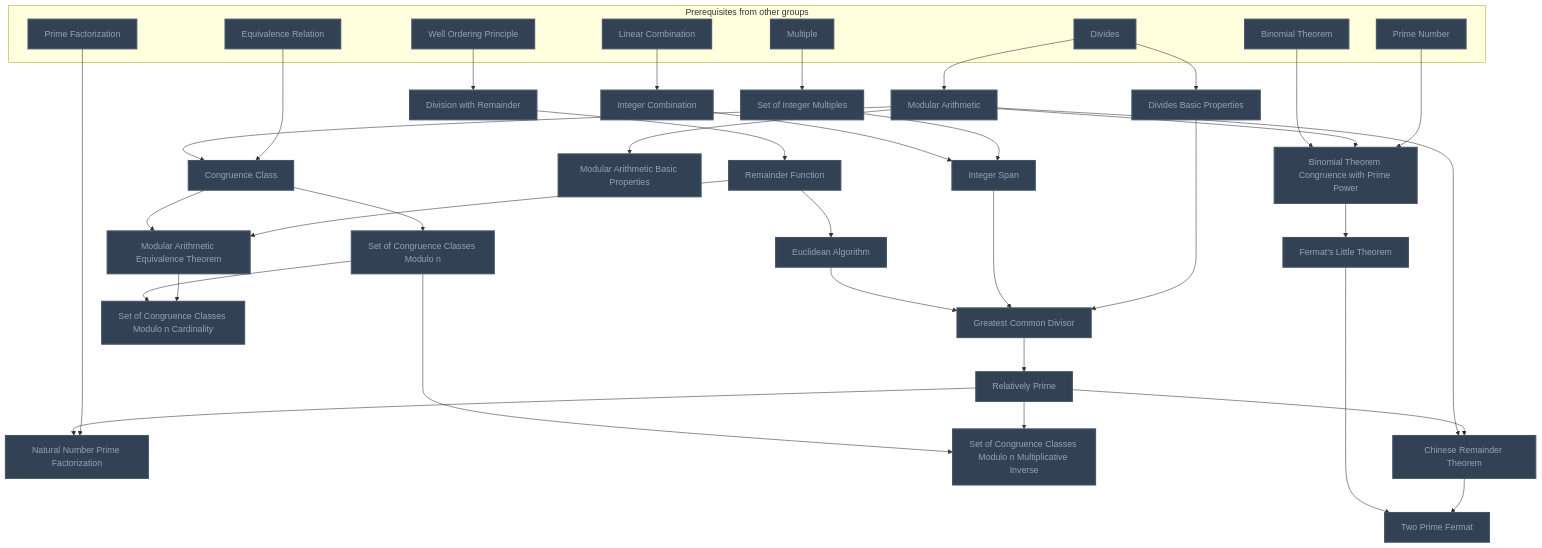
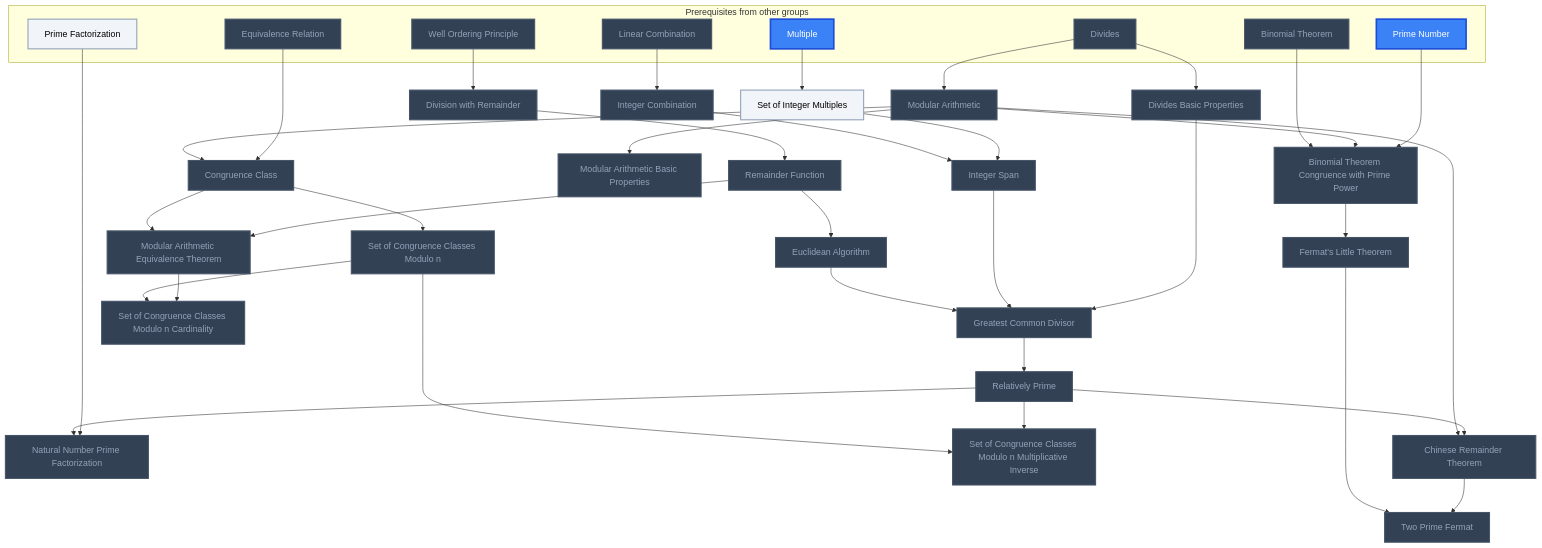
Before and after one commit to MRauf1/My-Notes: the first of 20 diagrams in Gamification/Skill Trees/Abstract Algebra.md, drawn with Mermaid. The commit also changed other lines of this file and 156 other files, not shown here.

````diff
--- a/Gamification/Skill Trees/Abstract Algebra.md
+++ b/Gamification/Skill Trees/Abstract Algebra.md
@@ -14,78 +14,80 @@
 ```mermaid
 flowchart TD
     classDef planned fill:#1E293B,stroke:#64748B,stroke-width:2px,stroke-dasharray:5 5,color:#94A3B8;
     classDef locked fill:#334155,stroke:#475569,stroke-width:2px,color:#94A3B8;
     classDef L0 fill:#F1F5F9,stroke:#94A3B8,stroke-width:2px,color:#000000;
     classDef L1 fill:#22C55E,stroke:#15803D,stroke-width:2px,color:#000000;
     classDef L2 fill:#3B82F6,stroke:#1D4ED8,stroke-width:3px,color:#FFFFFF;
     classDef L3 fill:#A855F7,stroke:#6B21A8,stroke-width:3px,color:#FFFFFF,font-weight:bold;
     classDef L4 fill:#F97316,stroke:#C2410C,stroke-width:4px,color:#000000,font-weight:bold;
     classDef L5 fill:#FFD700,stroke:#FF8C00,stroke-width:5px,color:#000000,font-weight:bold;
     classDef rusty stroke:#8B4513,stroke-width:4px,stroke-dasharray:3 3;
     subgraph sg_prereqs["Prerequisites from other groups"]
         n_well_ordering_principle["Well Ordering Principle"]
         n_divides["Divides"]
         n_multiple["Multiple"]
         n_linear_combination["Linear Combination"]
         n_prime_factorization["Prime Factorization"]
         n_equivalence_relation["Equivalence Relation"]
         n_binomial_theorem["Binomial Theorem"]
         n_prime_number["Prime Number"]
     end
     n_divides_basic_properties["Divides Basic Properties"]
     n_division_with_remainder["Division with Remainder"]
     n_remainder_function["Remainder Function"]
     n_set_of_integer_multiples["Set of Integer Multiples"]
     n_integer_combination["Integer Combination"]
     n_integer_span["Integer Span"]
     n_euclidean_algorithm["Euclidean Algorithm"]
     n_greatest_common_divisor["Greatest Common Divisor"]
     n_relatively_prime["Relatively Prime"]
     n_natural_number_prime_factorization["Natural Number Prime Factorization"]
     n_modular_arithmetic["Modular Arithmetic"]
     n_modular_arithmetic_basic_properties["Modular Arithmetic Basic Properties"]
     n_congruence_class["Congruence Class"]
     n_modular_arithmetic_equivalence_theorem["Modular Arithmetic Equivalence Theorem"]
     n_set_of_congruence_classes_modulo_n["Set of Congruence Classes Modulo n"]
     n_set_of_congruence_classes_modulo_n_cardinality["Set of Congruence Classes Modulo n Cardinality"]
     n_set_of_congruence_classes_modulo_n_multiplicative_inverse["Set of Congruence Classes Modulo n Multiplicative Inverse"]
     n_chinese_remainder_theorem["Chinese Remainder Theorem"]
     n_binomial_theorem_congruence_with_prime_power["Binomial Theorem Congruence with Prime Power"]
     n_fermat_s_little_theorem["Fermat's Little Theorem"]
     n_two_prime_fermat["Two Prime Fermat"]
     n_well_ordering_principle --> n_division_with_remainder
     n_division_with_remainder --> n_remainder_function
     n_divides --> n_divides_basic_properties
     n_multiple --> n_set_of_integer_multiples
     n_linear_combination --> n_integer_combination
     n_integer_combination --> n_integer_span
     n_set_of_integer_multiples --> n_integer_span
     n_remainder_function --> n_euclidean_algorithm
     n_euclidean_algorithm --> n_greatest_common_divisor
     n_integer_span --> n_greatest_common_divisor
     n_divides_basic_properties --> n_greatest_common_divisor
     n_greatest_common_divisor --> n_relatively_prime
     n_relatively_prime --> n_natural_number_prime_factorization
     n_prime_factorization --> n_natural_number_prime_factorization
     n_divides --> n_modular_arithmetic
     n_modular_arithmetic --> n_modular_arithmetic_basic_properties
     n_modular_arithmetic --> n_congruence_class
     n_equivalence_relation --> n_congruence_class
     n_congruence_class --> n_modular_arithmetic_equivalence_theorem
     n_remainder_function --> n_modular_arithmetic_equivalence_theorem
     n_congruence_class --> n_set_of_congruence_classes_modulo_n
     n_set_of_congruence_classes_modulo_n --> n_set_of_congruence_classes_modulo_n_cardinality
     n_modular_arithmetic_equivalence_theorem --> n_set_of_congruence_classes_modulo_n_cardinality
     n_set_of_congruence_classes_modulo_n --> n_set_of_congruence_classes_modulo_n_multiplicative_inverse
     n_relatively_prime --> n_set_of_congruence_classes_modulo_n_multiplicative_inverse
     n_modular_arithmetic --> n_chinese_remainder_theorem
     n_relatively_prime --> n_chinese_remainder_theorem
     n_binomial_theorem --> n_binomial_theorem_congruence_with_prime_power
     n_modular_arithmetic --> n_binomial_theorem_congruence_with_prime_power
     n_prime_number --> n_binomial_theorem_congruence_with_prime_power
     n_binomial_theorem_congruence_with_prime_power --> n_fermat_s_little_theorem
     n_fermat_s_little_theorem --> n_two_prime_fermat
     n_chinese_remainder_theorem --> n_two_prime_fermat
-    class n_well_ordering_principle,n_divides,n_multiple,n_linear_combination,n_prime_factorization,n_equivalence_relation,n_binomial_theorem,n_prime_number,n_divides_basic_properties,n_division_with_remainder,n_remainder_function,n_set_of_integer_multiples,n_integer_combination,n_integer_span,n_euclidean_algorithm,n_greatest_common_divisor,n_relatively_prime,n_natural_number_prime_factorization,n_modular_arithmetic,n_modular_arithmetic_basic_properties,n_congruence_class,n_modular_arithmetic_equivalence_theorem,n_set_of_congruence_classes_modulo_n,n_set_of_congruence_classes_modulo_n_cardinality,n_set_of_congruence_classes_modulo_n_multiplicative_inverse,n_chinese_remainder_theorem,n_binomial_theorem_congruence_with_prime_power,n_fermat_s_little_theorem,n_two_prime_fermat locked;
+    class n_well_ordering_principle,n_divides,n_linear_combination,n_equivalence_relation,n_binomial_theorem,n_divides_basic_properties,n_division_with_remainder,n_remainder_function,n_integer_combination,n_integer_span,n_euclidean_algorithm,n_greatest_common_divisor,n_relatively_prime,n_natural_number_prime_factorization,n_modular_arithmetic,n_modular_arithmetic_basic_properties,n_congruence_class,n_modular_arithmetic_equivalence_theorem,n_set_of_congruence_classes_modulo_n,n_set_of_congruence_classes_modulo_n_cardinality,n_set_of_congruence_classes_modulo_n_multiplicative_inverse,n_chinese_remainder_theorem,n_binomial_theorem_congruence_with_prime_power,n_fermat_s_little_theorem,n_two_prime_fermat locked;
+    class n_prime_factorization,n_set_of_integer_multiples L0;
+    class n_multiple,n_prime_number L2;
     class n_well_ordering_principle,n_divides,n_multiple,n_linear_combination,n_prime_factorization,n_equivalence_relation,n_binomial_theorem,n_prime_number,n_divides_basic_properties,n_division_with_remainder,n_remainder_function,n_set_of_integer_multiples,n_integer_combination,n_integer_span,n_euclidean_algorithm,n_greatest_common_divisor,n_relatively_prime,n_natural_number_prime_factorization,n_modular_arithmetic,n_modular_arithmetic_basic_properties,n_congruence_class,n_modular_arithmetic_equivalence_theorem,n_set_of_congruence_classes_modulo_n,n_set_of_congruence_classes_modulo_n_cardinality,n_set_of_congruence_classes_modulo_n_multiplicative_inverse,n_chinese_remainder_theorem,n_binomial_theorem_congruence_with_prime_power,n_fermat_s_little_theorem,n_two_prime_fermat internal-link;
 ```
````
